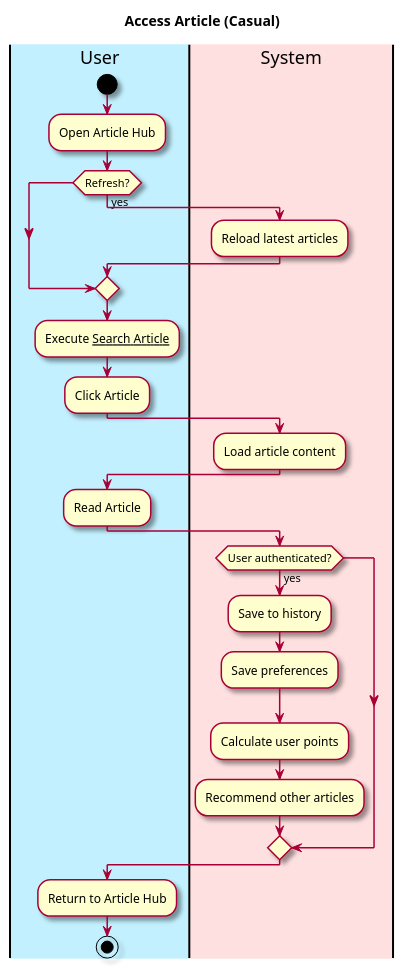
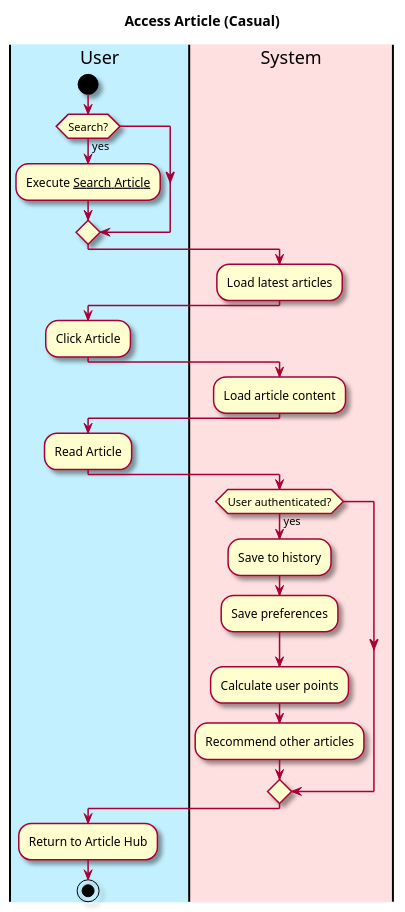
The diagram in intellij/doc/Functional Specification/access-article.md (owhitleym-ui/EcoScoop), drawn with PlantUML before and after one commit. The commit also changed 9 other files, not shown here.

````diff
--- a/intellij/doc/Functional Specification/access-article.md
+++ b/intellij/doc/Functional Specification/access-article.md
@@ -24,44 +24,43 @@
 ```plantuml
 @startuml
 
 skin rose
 
 title Access Article (Casual)
 
 'define the lanes
 |#application|User|
 |#implementation|System|
 
 |User|
 start
-:Open Article Hub;
+if (Search?) then (yes)
+    :Execute __Search Article__;
 
-if (Refresh?) then (yes)
-  |System|
-  :Reload latest articles;
 endif
+|System|
+:Load latest articles;
 
 |User|
-:Execute __Search Article__;
 :Click Article;
 
 |System|
 :Load article content;
 
 |User|
 :Read Article;
 
 |System|
 if (User authenticated?) then (yes)
   :Save to history;
   :Save preferences;
   :Calculate user points;
   :Recommend other articles;
 endif
 
 |User|
 :Return to Article Hub;
 
 stop
 @enduml
 ```
````
